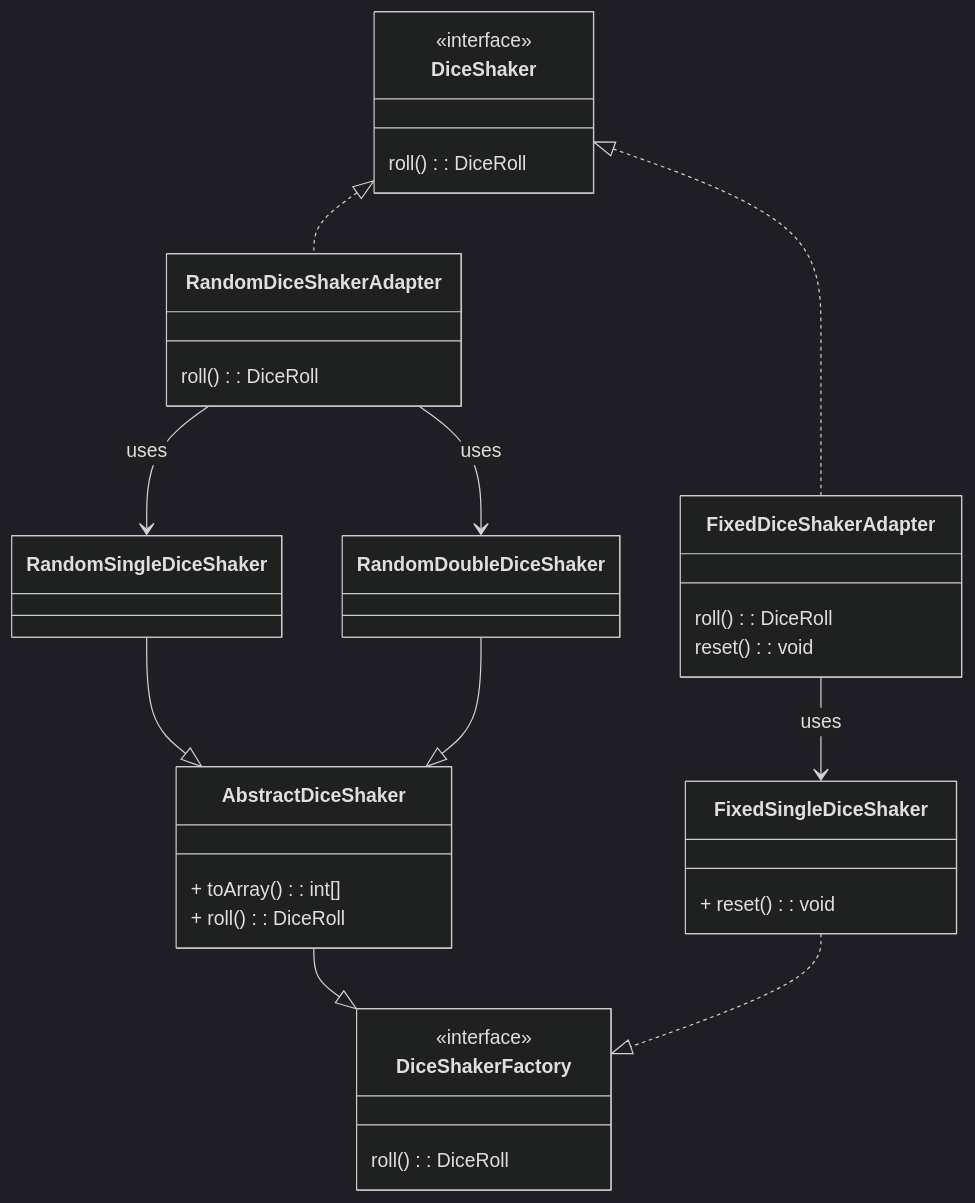
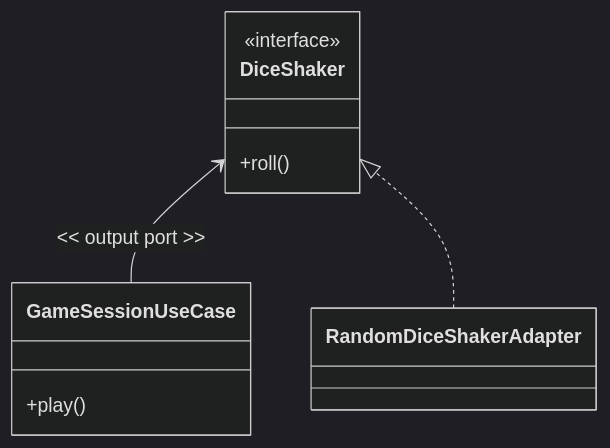
One commit to SirRmelTheThird/HyperJump changed the ninth of 30 diagrams in README.md. Above: the diagram before and after it, drawn with Mermaid (dark theme). The commit also changed other lines of this file, not shown here.

````diff
--- a/README.md
+++ b/README.md
@@ -225,48 +235,19 @@
 ```mermaid
 classDiagram
-DiceShaker <|.. RandomDiceShakerAdapter
-DiceShaker <|.. FixedDiceShakerAdapter
+    direction BT
 
-    RandomDiceShakerAdapter --> RandomSingleDiceShaker : uses
-    RandomDiceShakerAdapter --> RandomDoubleDiceShaker : uses
-    FixedDiceShakerAdapter --> FixedSingleDiceShaker : uses
-
-    RandomSingleDiceShaker --|> AbstractDiceShaker
-    RandomDoubleDiceShaker --|> AbstractDiceShaker
-
-    AbstractDiceShaker --|> DiceShakerFactory
-
-    FixedSingleDiceShaker ..|> DiceShakerFactory
+    class GameSessionUseCase {
+        +play()
+    }
 
     class DiceShaker {
         <<interface>>
-        roll(): DiceRoll
+        +roll()
     }
 
     class RandomDiceShakerAdapter {
-        roll(): DiceRoll
     }
 
-    class FixedDiceShakerAdapter {
-        roll(): DiceRoll
-        reset(): void
-    }
-
-    class DiceShakerFactory {
-        <<interface>>
-        roll(): DiceRoll
-    }
-
-    class AbstractDiceShaker {
-        + toArray(): int[]
-        + roll(): DiceRoll
-    }
-
-    class RandomSingleDiceShaker
-
-    class RandomDoubleDiceShaker
-
-    class FixedSingleDiceShaker {
-        + reset(): void
-    }
+    GameSessionUseCase --> DiceShaker : << output port >>
+    RandomDiceShakerAdapter ..|> DiceShaker
 ```
````
